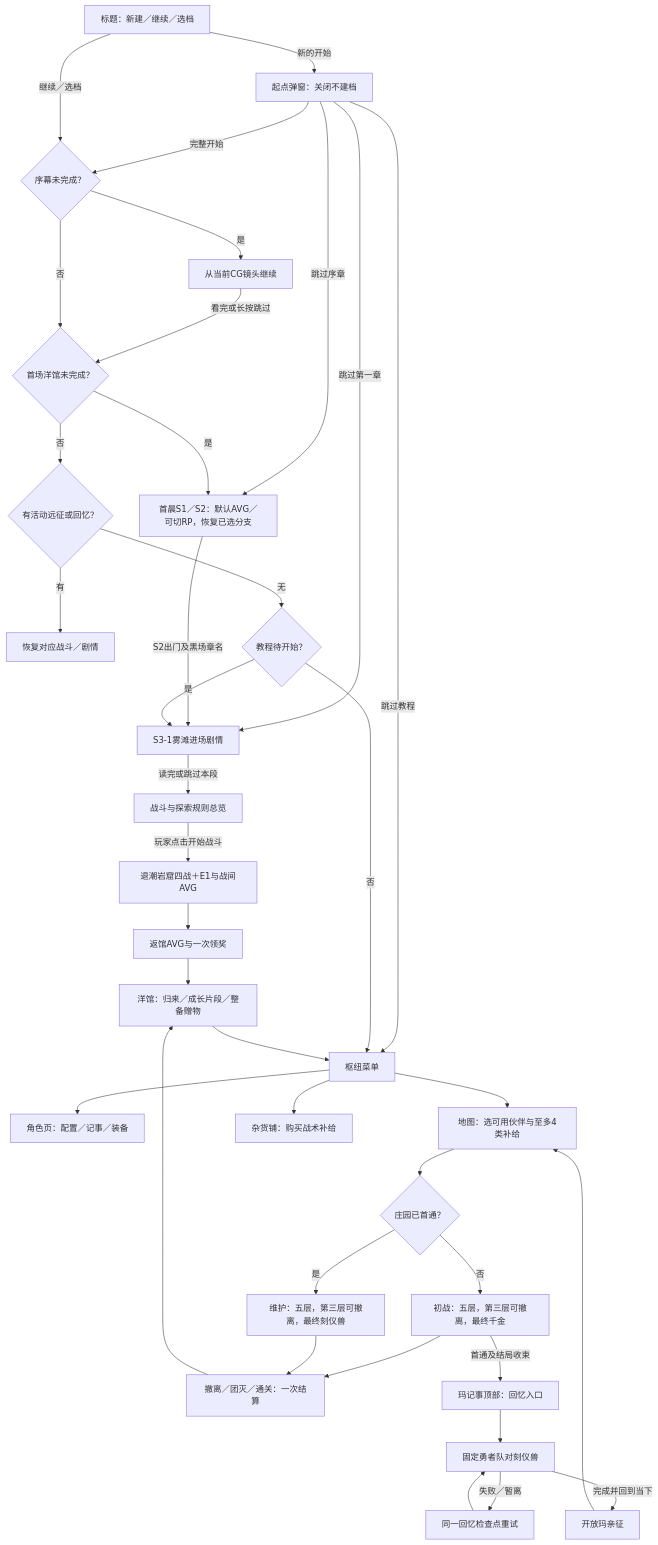
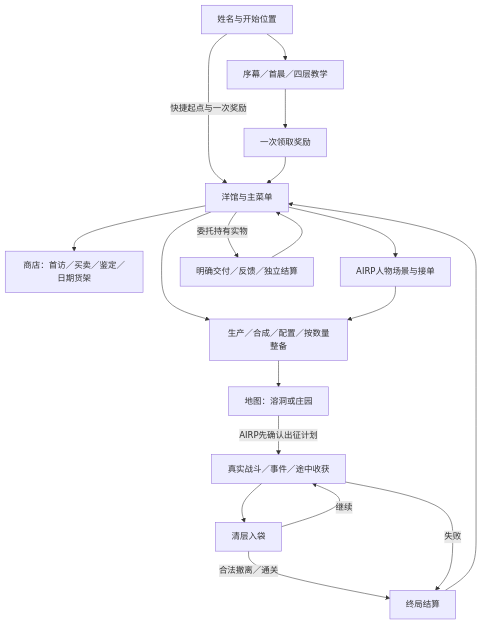
The diagram in docs/GAME_SYSTEMS_AND_CONTENT_SPEC.md (hasheeper/project-abyssa), drawn with Mermaid before and after one commit. The commit also changed other lines of this file and 1390 other files, not shown here.

````diff
--- a/docs/GAME_SYSTEMS_AND_CONTENT_SPEC.md
+++ b/docs/GAME_SYSTEMS_AND_CONTENT_SPEC.md
@@ -34,39 +20,20 @@
 ```mermaid
 flowchart TD
-  A[标题：新建／继续／选档] -->|新的开始| A0[起点弹窗：关闭不建档]
-  A0 -->|完整开始| P{序幕未完成？}
-  A0 -->|跳过序章| R
-  A0 -->|跳过第一章| T0
-  A0 -->|跳过教程| D
-  A -->|继续／选档| P
-  P -->|是| Q[从当前CG镜头继续]
-  Q -->|看完或长按跳过| O{首场洋馆未完成？}
-  P -->|否| O
-  O -->|是| R[首晨S1／S2：默认AVG／可切RP，恢复已选分支]
-  R -->|S2出门及黑场章名| T0[S3-1雾滩进场剧情]
-  T0 -->|读完或跳过本段| TM[战斗与探索规则总览]
-  TM -->|玩家点击开始战斗| T[退潮岩窟四战＋E1与战间AVG]
-  T --> TR[返馆AVG与一次领奖]
-  TR --> K
-  O -->|否| B{有活动远征或回忆？}
-  B -->|有| C[恢复对应战斗／剧情]
-  B -->|无| B0{教程待开始？}
-  B0 -->|是| T0
-  B0 -->|否| D[枢纽菜单]
-  D --> E[角色页：配置／记事／装备]
-  D --> F[地图：选可用伙伴与至多4类补给]
-  D --> S[杂货铺：购买战术补给]
-  F --> G{庄园已首通？}
-  G -->|否| H[初战：五层，第三层可撤离，最终千金]
-  G -->|是| I[维护：五层，第三层可撤离，最终刻仪兽]
-  H --> J[撤离／团灭／通关：一次结算]
-  I --> J
-  J --> K[洋馆：归来／成长片段／整备赠物]
-  K --> D
-  H -->|首通及结局收束| L[玛记事顶部：回忆入口]
-  L --> M[固定勇者队对刻仪兽]
-  M -->|失败／暂离| N[同一回忆检查点重试]
-  N --> M
-  M -->|完成并回到当下| U[开放玛亲征]
-  U --> F
+  A[姓名与开始位置] --> B[序幕／首晨／四层教学]
+  B --> C[一次领取奖励]
+  A -->|快捷起点与一次奖励| D[洋馆与主菜单]
+  C --> D
+  D --> S[商店：首访／买卖／鉴定／日期货架]
+  D --> P[生产／合成／配置／按数量整备]
+  D --> Q[AIRP人物场景与接单]
+  Q --> P
+  P --> M[地图：溶洞或庄园]
+  M -->|AIRP先确认出征计划| E[真实战斗／事件／途中收获]
+  E --> F[清层入袋]
+  F -->|继续| E
+  F -->|合法撤离／通关| G[终局结算]
+  E -->|失败| G
+  G --> D
+  D -->|委托持有实物| H[明确交付／反馈／独立结算]
+  H --> D
 ```
````
